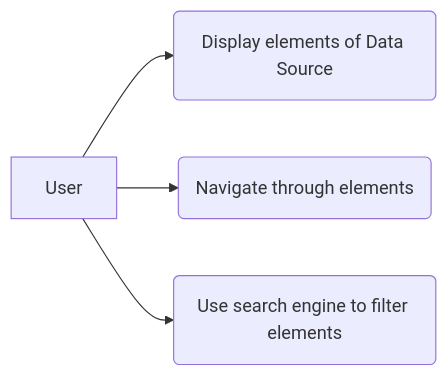
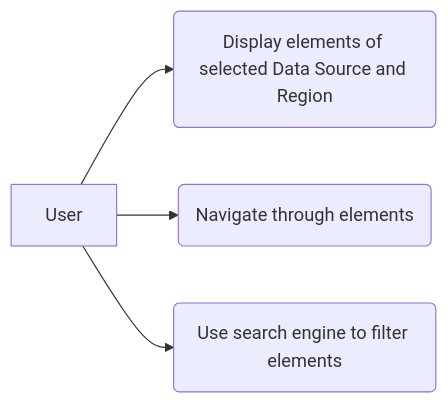
Before and after one commit to CONABIO/species_v3.0: the diagram in use_cases/target_group_selection.md, drawn with Mermaid. The commit also changed 3 other files, not shown here.

````diff
--- a/use_cases/target_group_selection.md
+++ b/use_cases/target_group_selection.md
@@ -5,6 +5,6 @@
 ```mermaid
 flowchart LR
-    User --> id1(Display elements of Data Source)
+    User --> id1(Display elements of selected Data Source and Region)
     User --> id2(Navigate through elements)
     User --> id3(Use search engine to filter elements)
 ```
````
